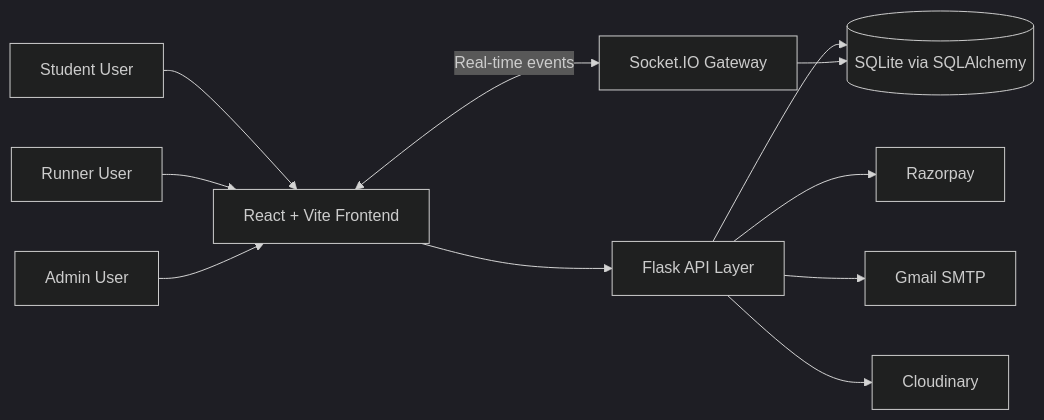
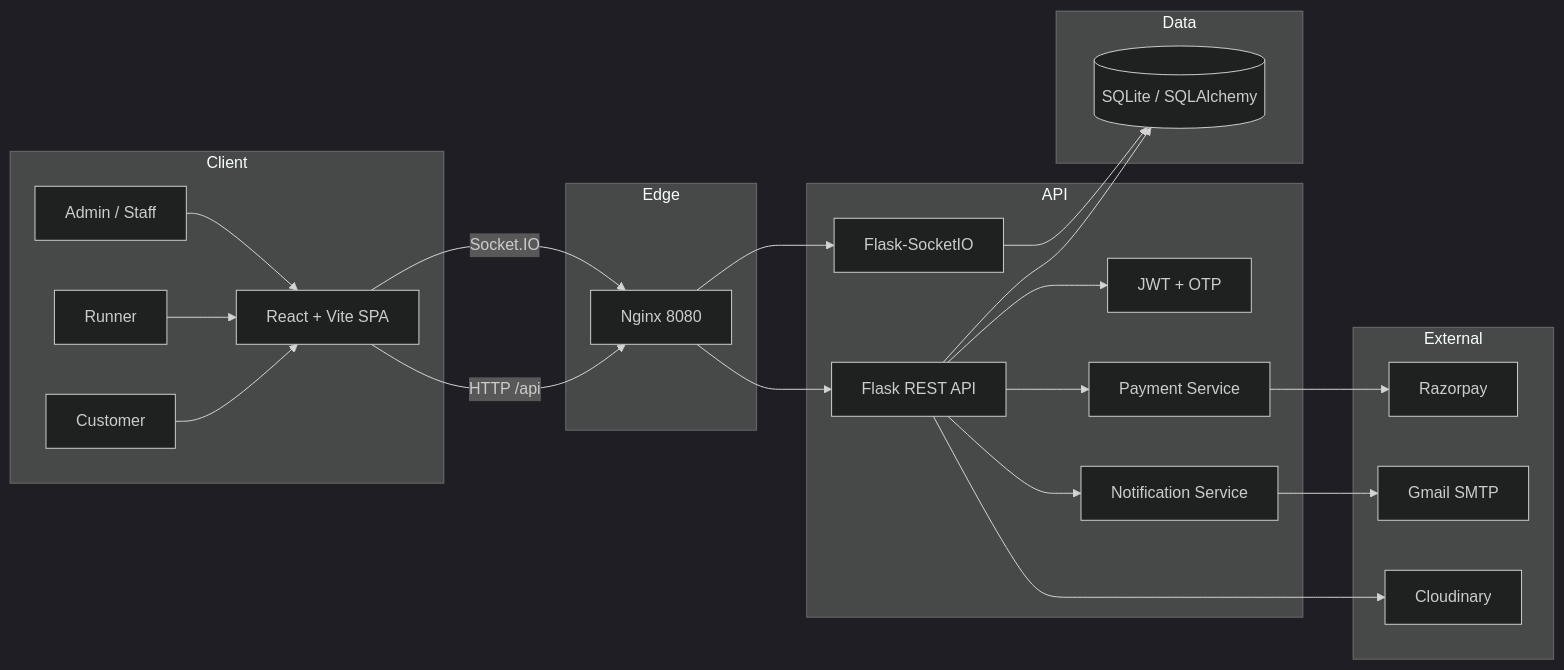
One commit to RachanaB5/Campus_Runner changed the diagram in README.md. Above: the diagram before and after it, drawn with Mermaid (dark theme). The commit also changed other lines of this file, not shown here.

Commit message:
docs: enhance README with comprehensive project overview, capabilities, and architecture details

````diff
--- a/README.md
+++ b/README.md
@@ -46,16 +87,49 @@
 ```mermaid
 flowchart LR
-  U[Student User] --> FE[React + Vite Frontend]
-  R[Runner User] --> FE
-  A[Admin User] --> FE
+  subgraph Client
+    U[Customer]
+    R[Runner]
+    A[Admin / Staff]
+    FE[React + Vite SPA]
+  end
 
-  FE --> API[Flask API Layer]
-  FE <-->|Real-time events| SIO[Socket.IO Gateway]
+  subgraph Edge
+    NGINX[Nginx 8080]
+  end
 
-  API --> DB[(SQLite via SQLAlchemy)]
-  API --> PAY[Razorpay]
-  API --> MAIL[Gmail SMTP]
-  API --> CDN[Cloudinary]
+  subgraph API
+    FLASK[Flask REST API]
+    SIO[Flask-SocketIO]
+    AUTH[JWT + OTP]
+    PAY[Payment Service]
+    NOTIF[Notification Service]
+  end
 
+  subgraph Data
+    DB[(SQLite / SQLAlchemy)]
+  end
+
+  subgraph External
+    RZ[Razorpay]
+    SMTP[Gmail SMTP]
+    CLD[Cloudinary]
+  end
+
+  U --> FE
+  R --> FE
+  A --> FE
+  FE -->|HTTP /api| NGINX
+  FE -->|Socket.IO| NGINX
+  NGINX --> FLASK
+  NGINX --> SIO
+
+  FLASK --> AUTH
+  FLASK --> PAY
+  FLASK --> NOTIF
+  FLASK --> DB
   SIO --> DB
+
+  PAY --> RZ
+  NOTIF --> SMTP
+  FLASK --> CLD
 ```
````
